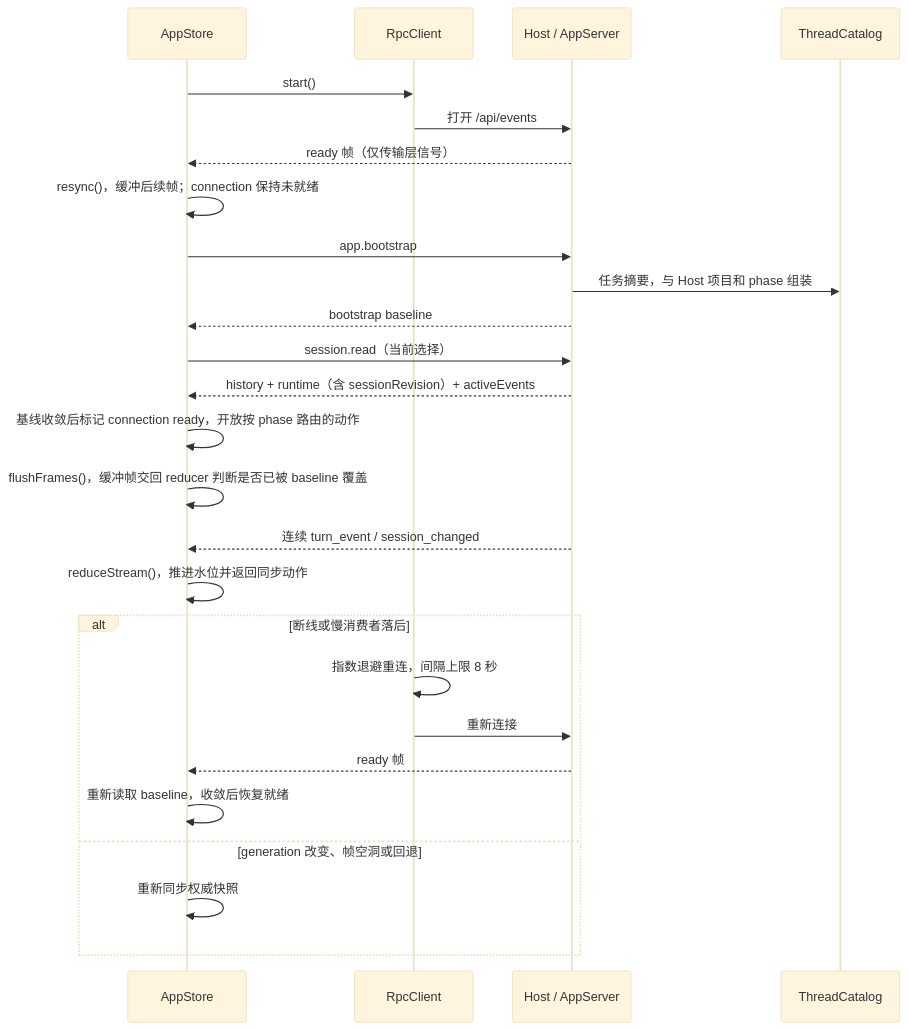
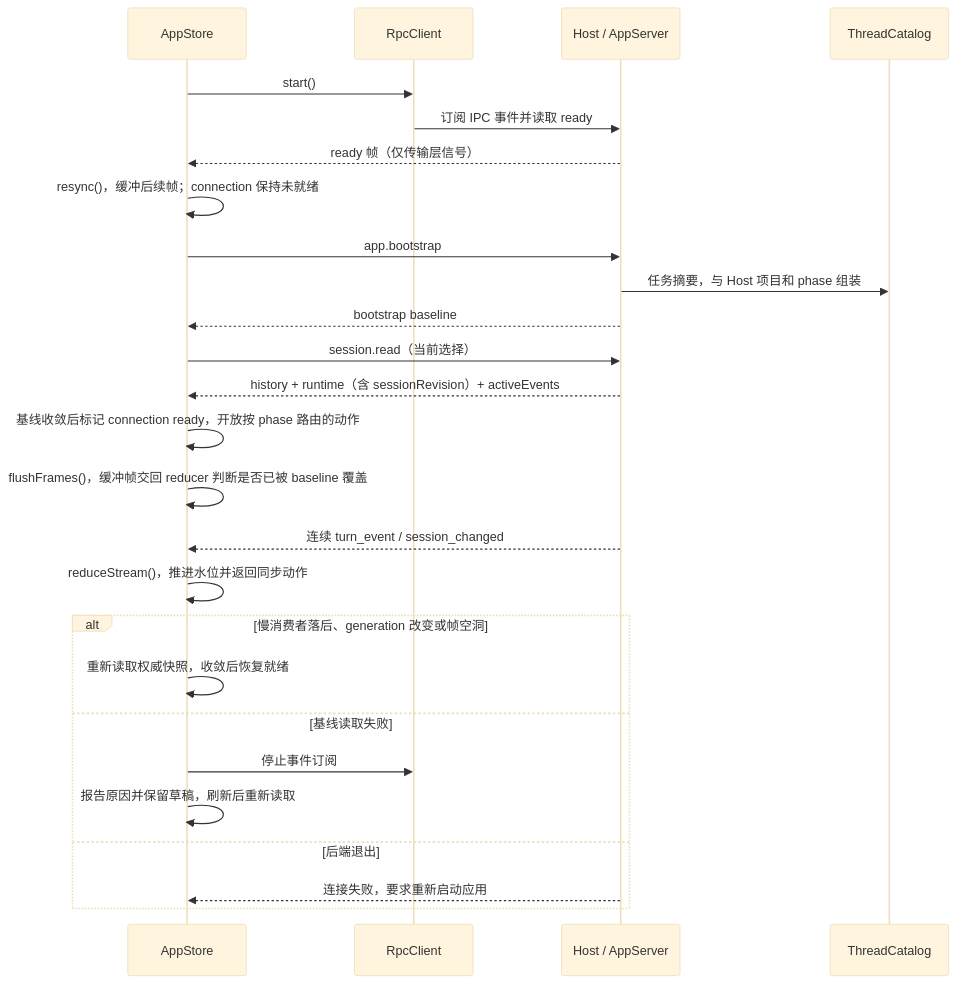
One commit to qjcnmd/singularity-agent changed the tenth of 29 diagrams in docs/architecture.md. Above: the diagram before and after it, drawn with Mermaid (base theme). The commit also changed other lines of this file and 193 other files, not shown here.

````diff
--- a/docs/architecture.md
+++ b/docs/architecture.md
@@ -269,28 +267,28 @@
 ```mermaid
 sequenceDiagram
     participant View as AppStore
     participant Conn as RpcClient
     participant Host as Host / AppServer
     participant Catalog as ThreadCatalog
     View->>Conn: start()
-    Conn->>Host: 打开 /api/events
+    Conn->>Host: 订阅 IPC 事件并读取 ready
     Host-->>View: ready 帧（仅传输层信号）
     View->>View: resync()，缓冲后续帧；connection 保持未就绪
     View->>Host: app.bootstrap
     Host->>Catalog: 任务摘要，与 Host 项目和 phase 组装
     Host-->>View: bootstrap baseline
     View->>Host: session.read（当前选择）
     Host-->>View: history + runtime（含 sessionRevision）+ activeEvents
     View->>View: 基线收敛后标记 connection ready，开放按 phase 路由的动作
     View->>View: flushFrames()，缓冲帧交回 reducer 判断是否已被 baseline 覆盖
     Host-->>View: 连续 turn_event / session_changed
     View->>View: reduceStream()，推进水位并返回同步动作
-    alt 断线或慢消费者落后
-        Conn->>Conn: 指数退避重连，间隔上限 8 秒
-        Conn->>Host: 重新连接
-        Host-->>View: ready 帧
-        View->>View: 重新读取 baseline，收敛后恢复就绪
-    else generation 改变、帧空洞或回退
-        View->>View: 重新同步权威快照
+    alt 慢消费者落后、generation 改变或帧空洞
+        View->>View: 重新读取权威快照，收敛后恢复就绪
+    else 基线读取失败
+        View->>Conn: 停止事件订阅
+        View->>View: 报告原因并保留草稿，刷新后重新读取
+    else 后端退出
+        Host-->>View: 连接失败，要求重新启动应用
     end
 ```
````
